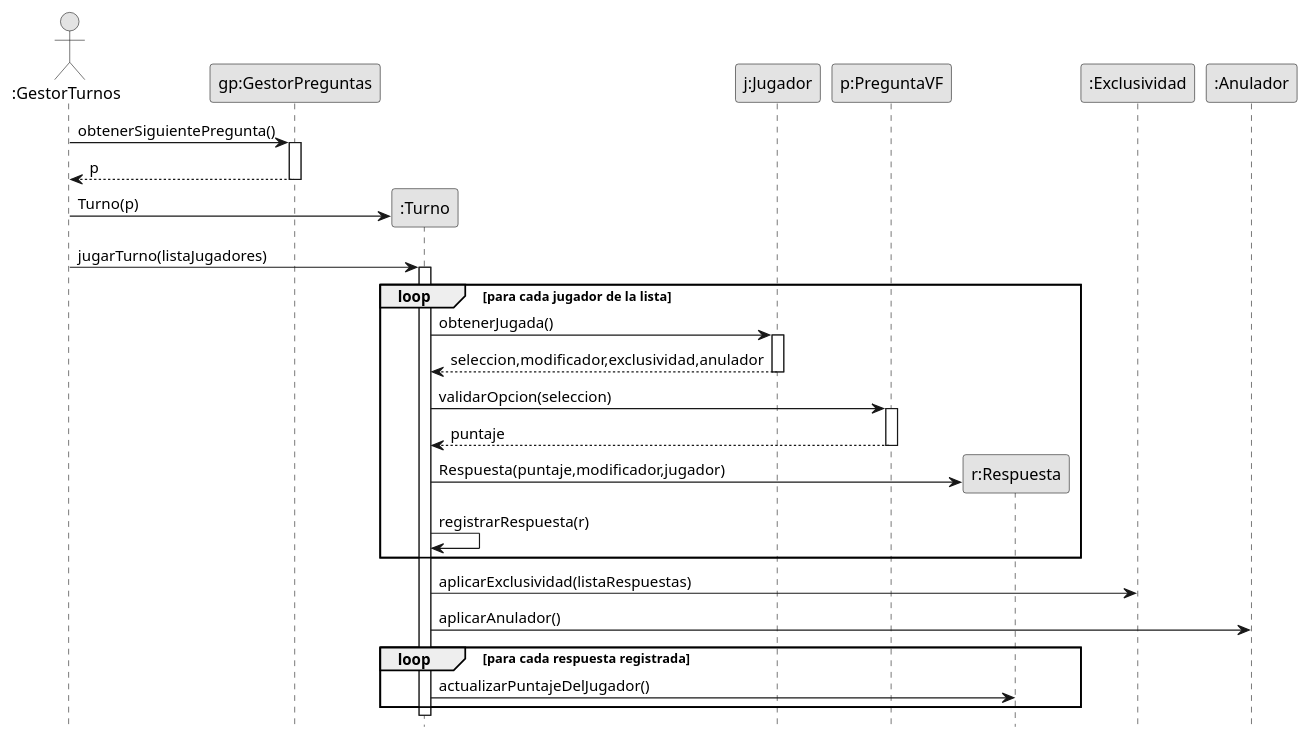
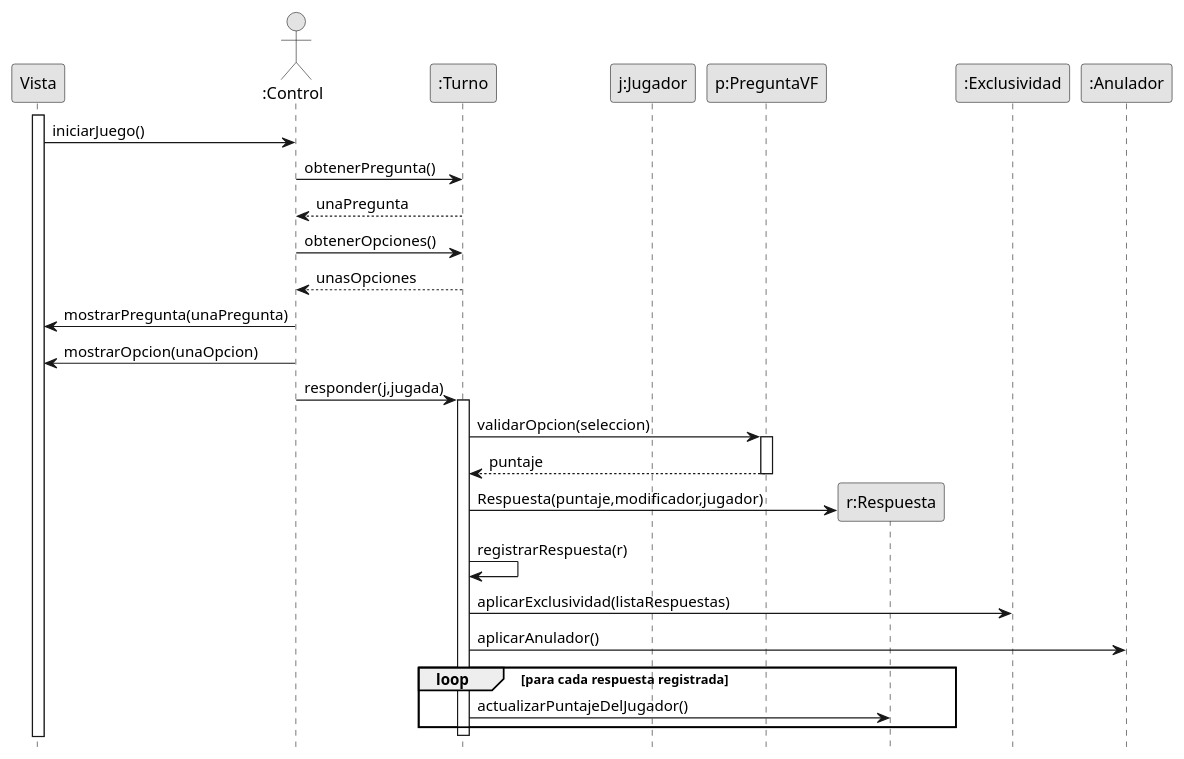
One commit to fiuba/algo3_proyecto_base_tp2 changed the diagram in diagrams/sequences/entrega0/unTurno.puml. Above: the diagram before and after it, drawn with PlantUML. The commit also changed 19 other files, not shown here.

```diff
--- a/diagrams/sequences/entrega0/unTurno.puml
+++ b/diagrams/sequences/entrega0/unTurno.puml
@@ -1,53 +1,48 @@
 @startuml unTurno
 skinparam monochrome true
 hide footbox
 skinparam classAttributeIconSize 0
 
 
-actor ":GestorTurnos" as g
-participant "gp:GestorPreguntas" as gp
+participant "Vista" as gui
+actor ":Control" as g
 participant ":Turno" as t
 participant "j:Jugador" as j
 participant "p:PreguntaVF" as p
 participant "r:Respuesta" as r
 participant ":Exclusividad" as e
 participant ":Anulador" as an
 
-g -> gp:obtenerSiguientePregunta()
-    activate gp
-        g <-- gp: p
-    deactivate gp
+activate gui
 
-create t
-g -> t: Turno(p)
+gui -> g: iniciarJuego()
+g -> t: obtenerPregunta()
+g <-- t: unaPregunta
+g -> t: obtenerOpciones()
+g <-- t: unasOpciones
+gui <- g: mostrarPregunta(unaPregunta)
+gui <- g: mostrarOpcion(unaOpcion)
 
-
-g -> t: jugarTurno(listaJugadores)
+g -> t: responder(j,jugada)
 activate t
-loop para cada jugador de la lista
-    t -> j: obtenerJugada()
-    activate j
-        t <-- j: seleccion,modificador,exclusividad,anulador
-    deactivate j
 
     t -> p: validarOpcion(seleccion)
     activate p
 
         t <-- p: puntaje
     deactivate p
     create r
     t -> r: Respuesta(puntaje,modificador,jugador)
     t -> t: registrarRespuesta(r)
 
-end
 
 t -> e: aplicarExclusividad(listaRespuestas)
 
 t -> an: aplicarAnulador()
 
 loop para cada respuesta registrada
     t -> r: actualizarPuntajeDelJugador()
 end
 
 deactivate t
 @enduml
```
